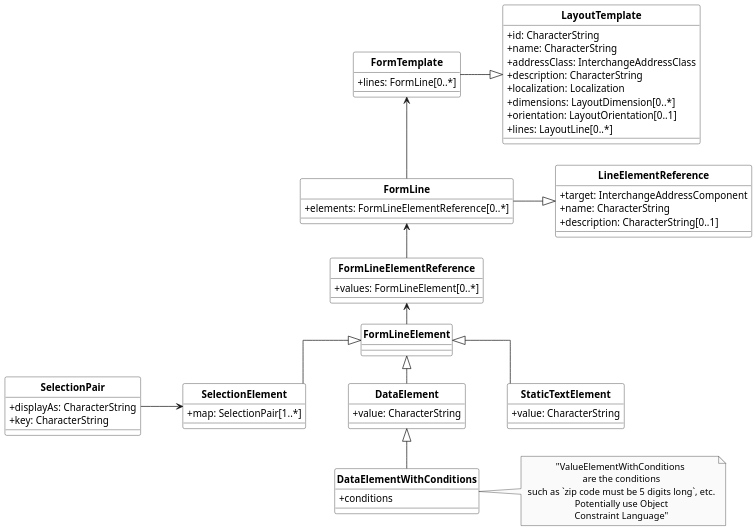
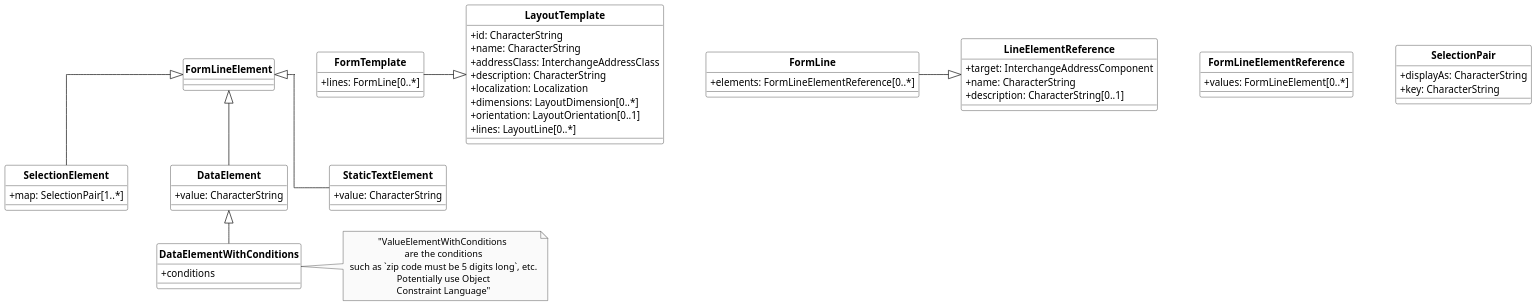
The diagram in models/FormTemplate.wsd (CalConnect/csd-digital-addresses), drawn with PlantUML before and after one commit. The commit also changed 6 other files, not shown here.

```diff
--- a/models/FormTemplate.wsd
+++ b/models/FormTemplate.wsd
@@ -1,121 +1,117 @@
 @startuml FormTemplate
 /'
 Diagram:        FormTemplate
 DateCreate:     03/05/2019
 Description:
 
 Hystory of changes:
 > DD/MM/YYYY
     -
     -
 '/
 
 '******* CONFIGURATION ************************************************
 skinparam classAttributeIconSize 0
 skinparam Dpi 150
 skinparam Monochrome true
 skinparam LineType ortho
 skinparam nodesep 60
 skinparam ranksep 30
 hide circle
 /' skinparam CircledCharacterRadius 0 '/
 /' skinparam CircledCharacterFontSize 0 '/
 skinparam Default {
 TextAlignment center
 FontName Helvetica
 }
 skinparam Class {
 AttributeIconSize 0
 BackgroundColor White
 FontStyle bold
 StereotypeFontSize 10
 }
 skinparam Rectangle {
 BackgroundColor White
 FontStyle bold
 FontSize 11
 StereotypeFontSize 10
 }
 skinparam Object {
 BackgroundColor White
 FontStyle bold
 FontSize 11
 StereotypeFontSize 10
 }
 
 skinparam Entity {
 StereotypeFontSize 10
 }
 
 '******* CLASS DEFINITION *********************************************
 class FormTemplate {
     +lines: FormLine[0..*]
 }
 
 class LayoutTemplate{
     +id: CharacterString
     +name: CharacterString
     +addressClass: InterchangeAddressClass
     +description: CharacterString
     +localization: Localization
     +dimensions: LayoutDimension[0..*]
     +orientation: LayoutOrientation[0..1]
     +lines: LayoutLine[0..*]
 }
 
 class FormLine{
     +elements: FormLineElementReference[0..*]
 }
 
 class LineElementReference{
     +target: InterchangeAddressComponent
     +name: CharacterString
     +description: CharacterString[0..1]
 }
 
 class FormLineElementReference{
     +values: FormLineElement[0..*]
 }
 
 class FormLineElement{
 
 }
 
 class SelectionPair{
     +displayAs: CharacterString
     +key: CharacterString
 }
 
 class SelectionElement{
     +map: SelectionPair[1..*]
 }
 
 class DataElement{
     +value: CharacterString
 }
 
 class StaticTextElement{
     +value: CharacterString
 }
 
 class DataElementWithConditions{
     +conditions
 }
 
 
 '******* NOTES ********************************************************
 note right of DataElementWithConditions: "ValueElementWithConditions\n are the conditions\n such as `zip code must be 5 digits long`, etc.\n Potentially use Object\n Constraint Language"
 
 '******* CLASS RELATIONS **********************************************
 LayoutTemplate <|-left- FormTemplate
-FormLine -up-> FormTemplate
-FormLineElementReference -up-> FormLine
-FormLineElement -up-> FormLineElementReference
 StaticTextElement -up-|> FormLineElement
-SelectionPair -right-> SelectionElement
 SelectionElement -up-|> FormLineElement
 DataElement -up-|> FormLineElement
 DataElement <|-- DataElementWithConditions
 FormLine -right-|> LineElementReference
 
 @enduml
```
